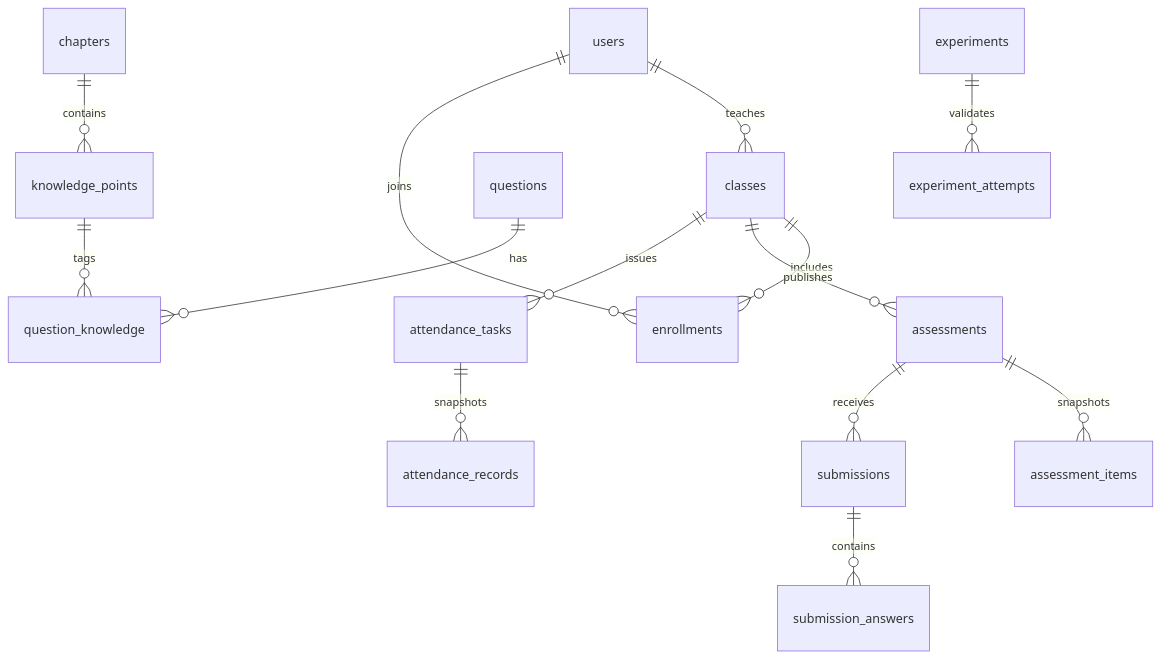
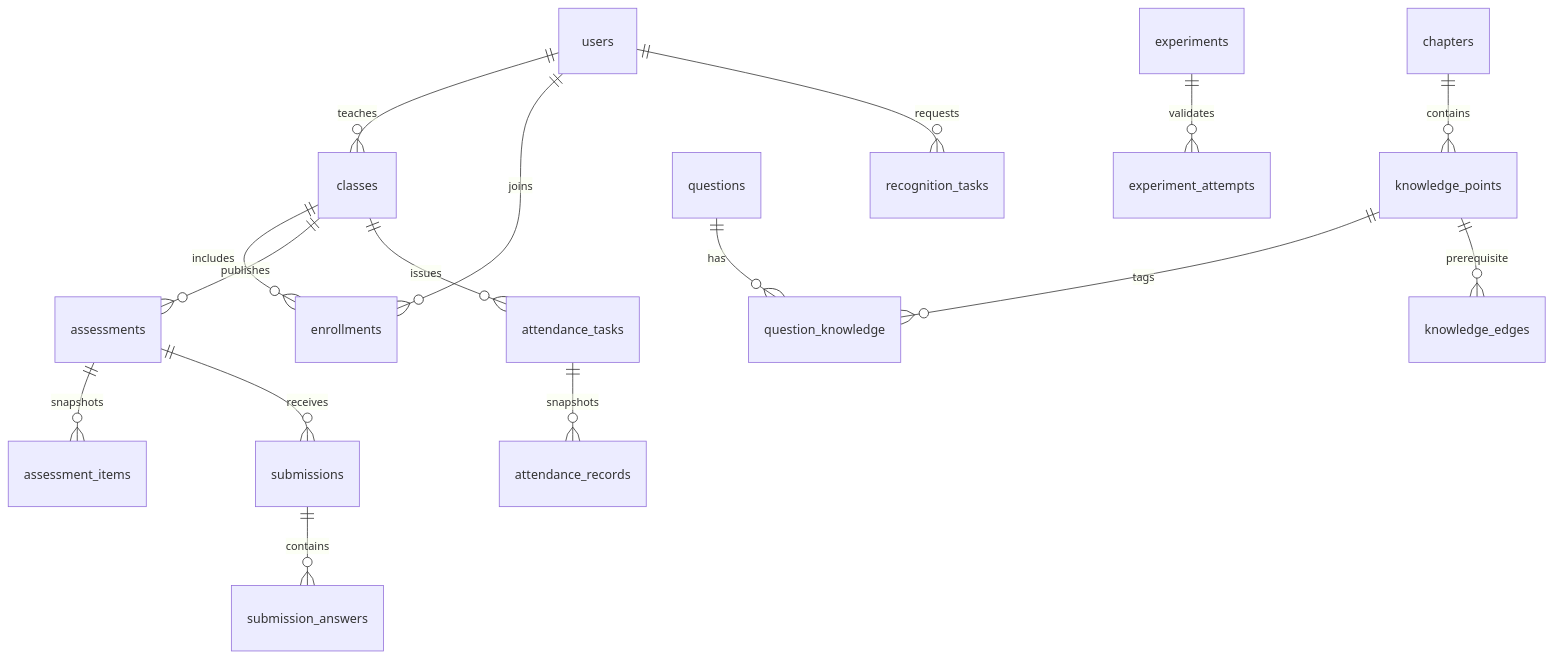
One commit to jzcool666/web-homework changed the diagram in DBD.md. Above: the diagram before and after it, drawn with Mermaid. The commit also changed other lines of this file and 16 other files, not shown here.

First line of the commit message:
docs(scope): 范围校正补齐时序逻辑知识图谱与识别辅助规格

````diff
--- a/DBD.md
+++ b/DBD.md
@@ -89,16 +90,18 @@
 ```mermaid
 erDiagram
   users ||--o{ classes : teaches
   users ||--o{ enrollments : joins
   classes ||--o{ enrollments : includes
   chapters ||--o{ knowledge_points : contains
   knowledge_points ||--o{ question_knowledge : tags
   questions ||--o{ question_knowledge : has
   classes ||--o{ assessments : publishes
   assessments ||--o{ assessment_items : snapshots
   assessments ||--o{ submissions : receives
   submissions ||--o{ submission_answers : contains
   classes ||--o{ attendance_tasks : issues
   attendance_tasks ||--o{ attendance_records : snapshots
   experiments ||--o{ experiment_attempts : validates
+  knowledge_points ||--o{ knowledge_edges : prerequisite
+  users ||--o{ recognition_tasks : requests
 ```
````
